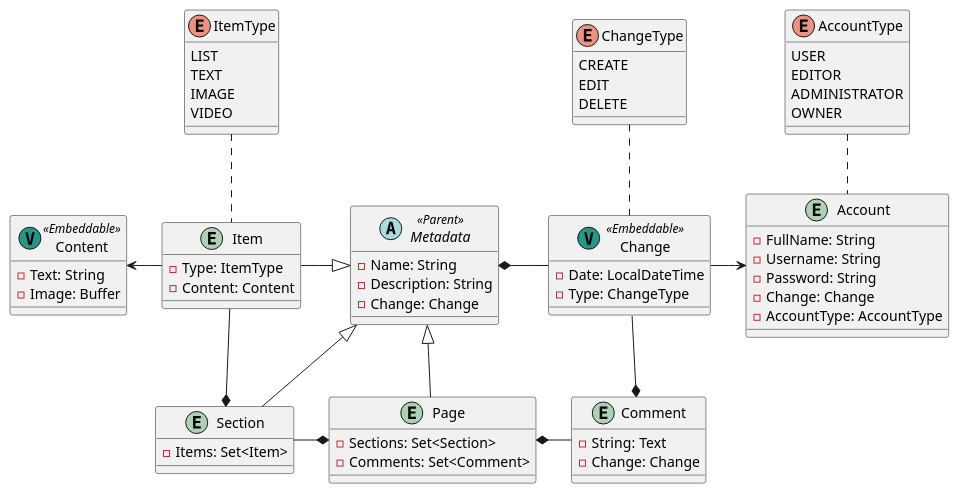
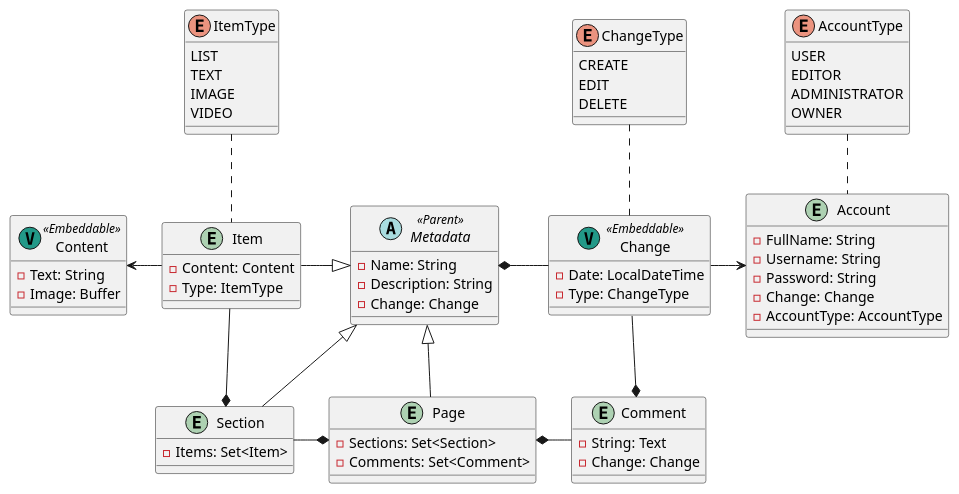
The diagram in src/main/plantuml/5. Main - Production.puml (LouisFerro/HFW-HighlyFunctionalWiki), drawn with PlantUML before and after one commit. The commit also changed other lines of this file, not shown here.

Commit message:
Adaptation of concept UML to account for better attribute structure.

```diff
--- a/src/main/plantuml/5. Main - Production.puml
+++ b/src/main/plantuml/5. Main - Production.puml
@@ -1,98 +1,98 @@
 @startuml
 'https://plantuml.com/class-diagram'
 
 abstract class Metadata <<Parent>>
 {
     - Name: String
     - Description: String
     - Change: Change
 }
 
 entity Page
 {
     - Sections: Set<Section>
     - Comments: Set<Comment>
 }
 
 entity Section
 {
     - Items: Set<Item>
 }
 
 entity Item
 {
+    - Content: Content
     - Type: ItemType
-    - Content: Content
 }
 
 enum ItemType
 {
     LIST
     TEXT
     IMAGE
     VIDEO
 }
 
 entity Content <<(V, #229988)Embeddable>>
 {
     - Text: String
     - Image: Buffer
 }
 
 entity Comment
 {
     - String: Text
     - Change: Change
 }
 
 entity Account
 {
     - FullName: String
     - Username: String
     - Password: String
     - Change: Change
     - AccountType: AccountType
 }
 
 enum AccountType
 {
     USER
     EDITOR
     ADMINISTRATOR
     OWNER
 }
 
 entity Change <<(V, #229988)Embeddable>>
 {
     - Date: LocalDateTime
     - Type: ChangeType
 }
 
 enum ChangeType
 {
     CREATE
     EDIT
     DELETE
 }
 
 Account .up. AccountType
 
 Change -left-* Metadata
 Change -right-> Account
 Change -down-* Comment
 Change .up. ChangeType
 
 Comment -left-* Page
 
 Page -up-|> Metadata
 
 Section -up-|> Metadata
 Section -right-* Page
 
 Item -right-|> Metadata
 Item -down-* Section
 Item -left-> Content
 Item .up. ItemType
 
 
 @enduml
```
